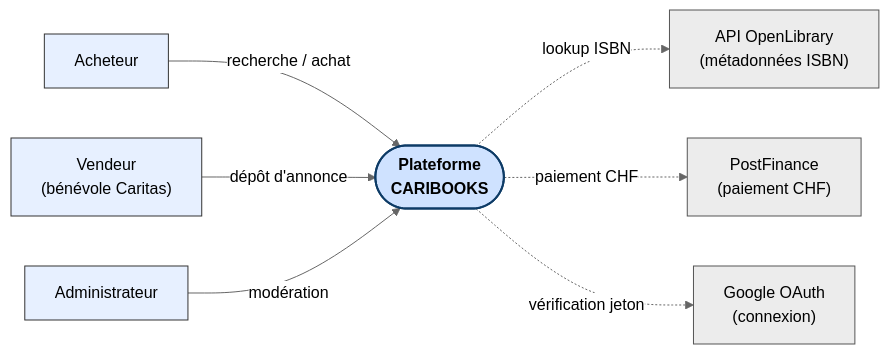
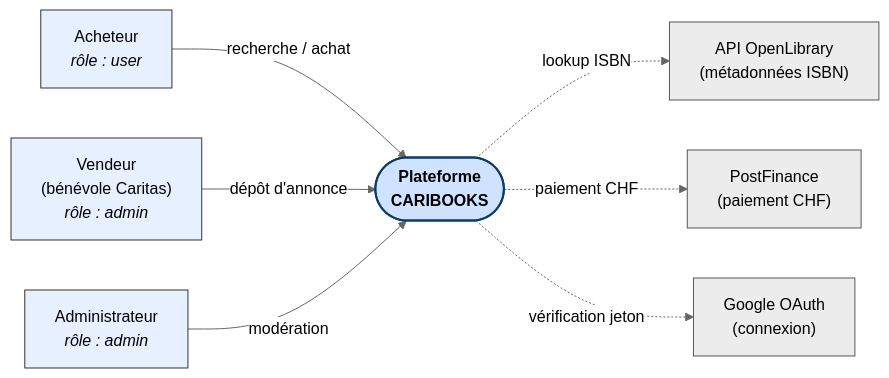
The diagram in diagrams/contexte.mmd (Visualstudiocodetest/caribooks), drawn with Mermaid (neutral theme) before and after one commit. The commit also changed 78 other files, not shown here.

```diff
--- a/diagrams/contexte.mmd
+++ b/diagrams/contexte.mmd
@@ -1,23 +1,23 @@
 %% Diagramme de contexte — CARIBOOKS et ses acteurs externes
 flowchart LR
-    ach["Acheteur"]
-    vend["Vendeur<br/>(bénévole Caritas)"]
-    admin["Administrateur"]
+    ach["Acheteur<br/><i>rôle : user</i>"]
+    vend["Vendeur<br/>(bénévole Caritas)<br/><i>rôle : admin</i>"]
+    admin["Administrateur<br/><i>rôle : admin</i>"]
     sys(["Plateforme<br/><b>CARIBOOKS</b>"])
     ol["API OpenLibrary<br/>(métadonnées ISBN)"]
     pf["PostFinance<br/>(paiement CHF)"]
     goog["Google OAuth<br/>(connexion)"]
 
     ach   -->|recherche / achat| sys
     vend  -->|dépôt d'annonce| sys
     admin -->|modération| sys
     sys -.->|lookup ISBN| ol
     sys -.->|paiement CHF| pf
     sys -.->|vérification jeton| goog
 
     classDef system fill:#cfe2ff,stroke:#0d3b66,stroke-width:2px,font-weight:bold;
     classDef actor fill:#e7f0ff,stroke:#333;
     classDef ext fill:#ececec,stroke:#555;
     class sys system;
     class ach,vend,admin actor;
     class ol,pf,goog ext;
```
